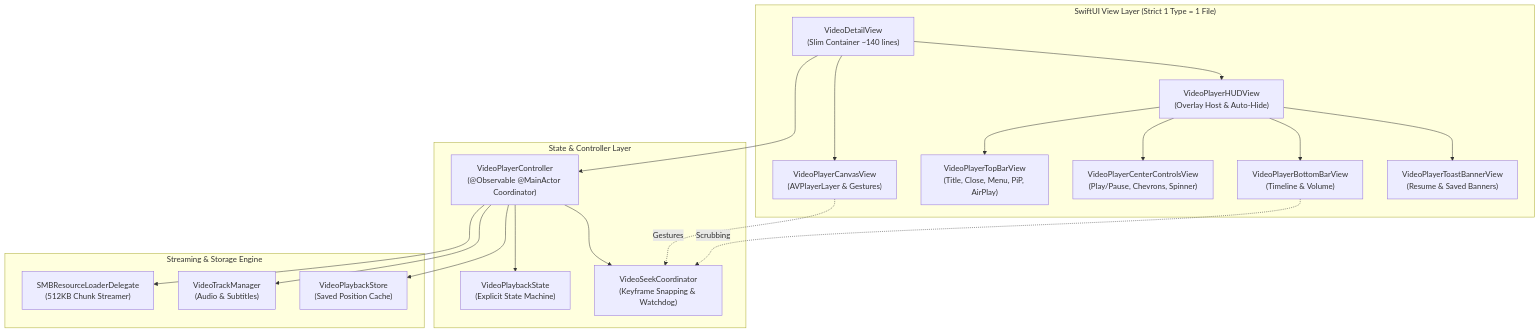
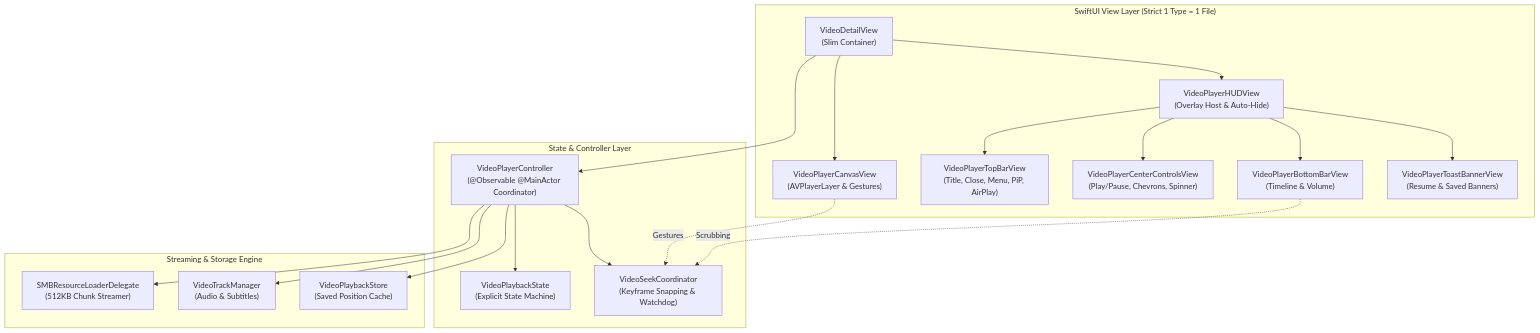
The fifth of 7 diagrams in README.md (NivekAlunya/com.acme.ios.fichier), drawn with Mermaid before and after one commit. The commit also changed other lines of this file and 4 other files, not shown here.

````diff
--- a/README.md
+++ b/README.md
@@ -278,40 +455,40 @@
 ```mermaid
 flowchart TD
     subgraph UI["SwiftUI View Layer (Strict 1 Type = 1 File)"]
-        Host["VideoDetailView<br/>(Slim Container ~140 lines)"]
+        Host["VideoDetailView<br/>(Slim Container)"]
         Canvas["VideoPlayerCanvasView<br/>(AVPlayerLayer & Gestures)"]
         HUD["VideoPlayerHUDView<br/>(Overlay Host & Auto-Hide)"]
         TopBar["VideoPlayerTopBarView<br/>(Title, Close, Menu, PiP, AirPlay)"]
         CenterControls["VideoPlayerCenterControlsView<br/>(Play/Pause, Chevrons, Spinner)"]
         BottomBar["VideoPlayerBottomBarView<br/>(Timeline & Volume)"]
         Toast["VideoPlayerToastBannerView<br/>(Resume & Saved Banners)"]
     end
 
     subgraph StateAndLogic["State & Controller Layer"]
         Ctrl["VideoPlayerController<br/>(@Observable @MainActor Coordinator)"]
         StateEnum["VideoPlaybackState<br/>(Explicit State Machine)"]
         SeekCoord["VideoSeekCoordinator<br/>(Keyframe Snapping & Watchdog)"]
     end
 
     subgraph StreamingEngine["Streaming & Storage Engine"]
         StreamLoader["SMBResourceLoaderDelegate<br/>(512KB Chunk Streamer)"]
         TrackMgr["VideoTrackManager<br/>(Audio & Subtitles)"]
         Store["VideoPlaybackStore<br/>(Saved Position Cache)"]
     end
 
     Host --> Ctrl
     Host --> Canvas
     Host --> HUD
     HUD --> TopBar
     HUD --> CenterControls
     HUD --> BottomBar
     HUD --> Toast
 
     Ctrl --> StateEnum
     Ctrl --> SeekCoord
     Ctrl --> StreamLoader
     Ctrl --> TrackMgr
     Ctrl --> Store
     Canvas -.->|Gestures| SeekCoord
     BottomBar -.->|Scrubbing| SeekCoord
 ```
````
